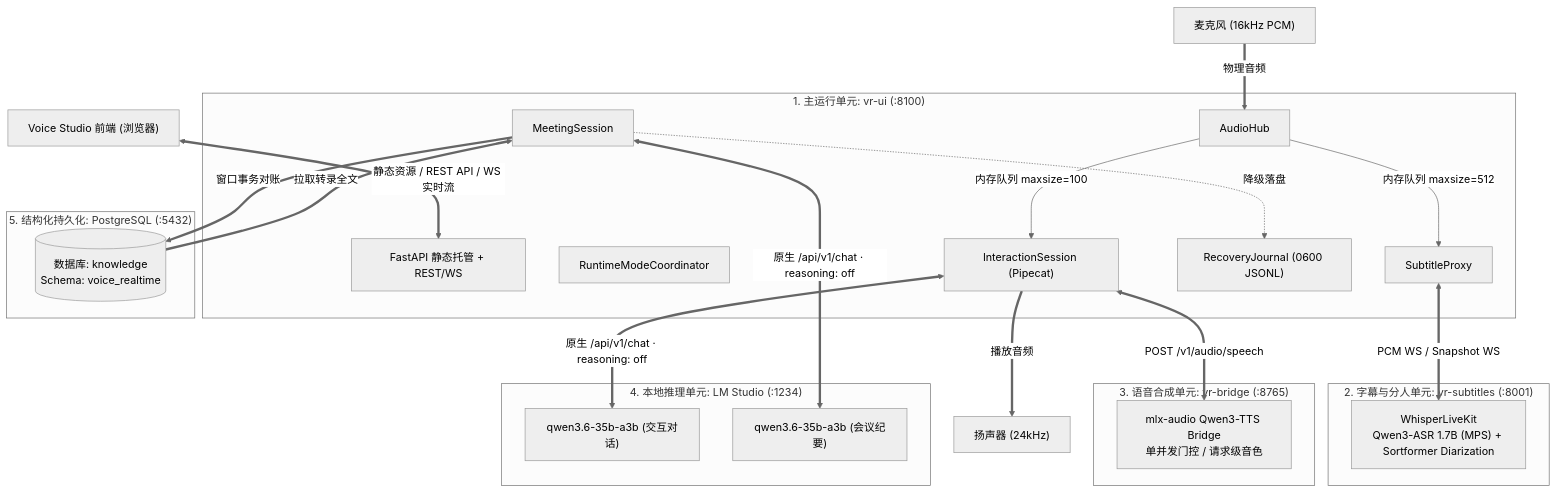
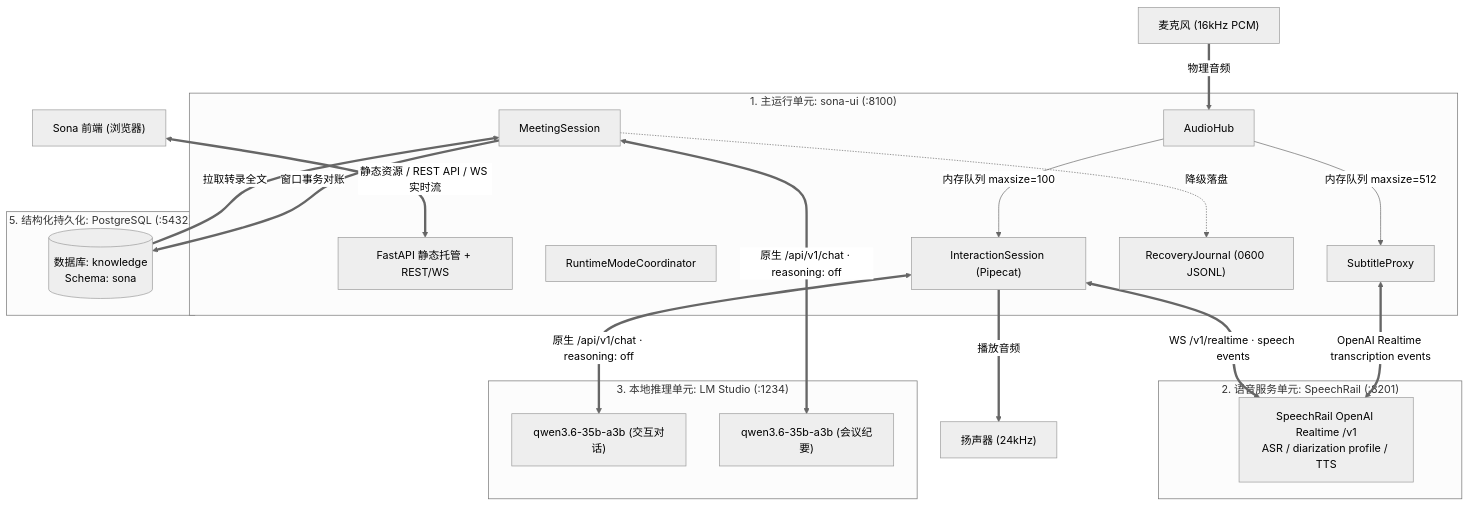
Before and after one commit to hrygo/voice-realtime: the second of 13 diagrams in docs/architecture/系统总体架构与详细设计方案.md, drawn with Mermaid (neutral theme). The commit also changed other lines of this file and 495 other files, not shown here.

First line of the commit message:
Merge pull request #3 from hrygo/refactor/clean-architecture-and-docs

````diff
--- a/docs/architecture/系统总体架构与详细设计方案.md
+++ b/docs/architecture/系统总体架构与详细设计方案.md
@@ -201,49 +208,45 @@
 ```mermaid
 flowchart TB
-    BROWSER["Voice Studio 前端 (浏览器)"]
+    BROWSER["Sona 前端 (浏览器)"]
     MIC["麦克风 (16kHz PCM)"]
     SPEAKER["扬声器 (24kHz)"]
 
-    subgraph UNIT1["1. 主运行单元: vr-ui (:8100)"]
+    subgraph UNIT1["1. 主运行单元: sona-ui (:8100)"]
         FASTAPI["FastAPI 静态托管 + REST/WS"]
         HUB_NODE["AudioHub"]
         COORD_NODE["RuntimeModeCoordinator"]
         PIPE_NODE["InteractionSession (Pipecat)"]
         PROXY_NODE["SubtitleProxy"]
         MEETING_NODE["MeetingSession"]
         JOURNAL_NODE["RecoveryJournal (0600 JSONL)"]
     end
 
-    subgraph UNIT2["2. 字幕与分人单元: vr-subtitles (:8001)"]
-        WLK_NODE["WhisperLiveKit<br/>Qwen3-ASR 1.7B (MPS) + Sortformer Diarization"]
+    subgraph UNIT2["2. 语音服务单元: SpeechRail (:8201)"]
+        SPEECHRAIL_NODE["SpeechRail OpenAI Realtime /v1<br/>ASR / diarization profile / TTS"]
     end
 
-    subgraph UNIT3["3. 语音合成单元: vr-bridge (:8765)"]
-        TTS_NODE["mlx-audio Qwen3-TTS Bridge<br/>单并发门控 / 请求级音色"]
-    end
-
-    subgraph UNIT4["4. 本地推理单元: LM Studio (:1234)"]
+    subgraph UNIT3["3. 本地推理单元: LM Studio (:1234)"]
         LM_INTERACT["qwen3.6-35b-a3b (交互对话)"]
         LM_SUMMARY["qwen3.6-35b-a3b (会议纪要)"]
     end
 
     subgraph STORAGE["5. 结构化持久化: PostgreSQL (:5432)"]
-        PG_DB[("数据库: knowledge<br/>Schema: voice_realtime")]
+        PG_DB[("数据库: knowledge<br/>Schema: sona")]
     end
 
     MIC ==>|物理音频| HUB_NODE
     HUB_NODE -->|内存队列 maxsize=100| PIPE_NODE
     HUB_NODE -->|内存队列 maxsize=512| PROXY_NODE
 
-    PROXY_NODE <==>|PCM WS / Snapshot WS| WLK_NODE
+    PROXY_NODE <==>|OpenAI Realtime transcription events| SPEECHRAIL_NODE
     PIPE_NODE <==>|原生 /api/v1/chat · reasoning: off| LM_INTERACT
-    PIPE_NODE <==>|POST /v1/audio/speech| TTS_NODE
+    PIPE_NODE <==>|WS /v1/realtime · speech events| SPEECHRAIL_NODE
     PIPE_NODE ==>|播放音频| SPEAKER
 
     MEETING_NODE ==>|窗口事务对账| PG_DB
     MEETING_NODE -.->|降级落盘| JOURNAL_NODE
     PG_DB ==>|拉取转录全文| MEETING_NODE
     MEETING_NODE <==>|原生 /api/v1/chat · reasoning: off| LM_SUMMARY
 
     BROWSER <==>|静态资源 / REST API / WS 实时流| FASTAPI
 ```
````
